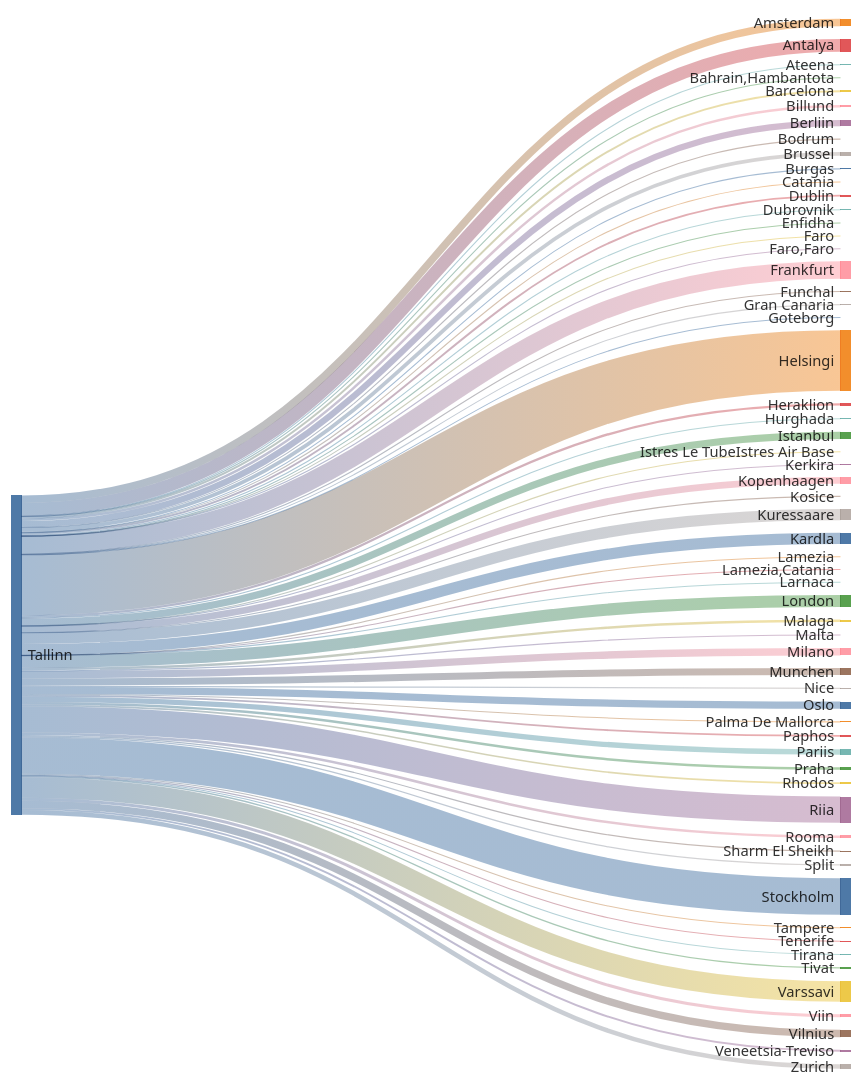
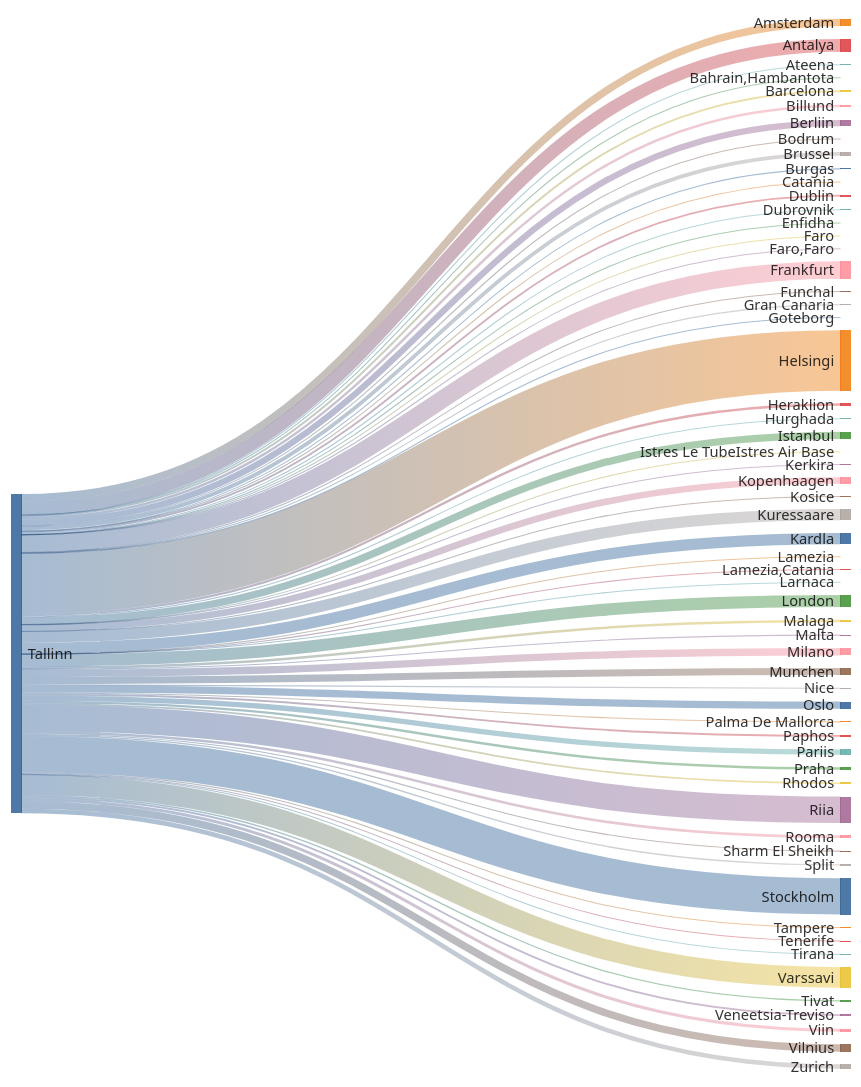
One commit to rainermesi/tll-airport-departures changed the second of 2 diagrams in README.md. Above: the diagram before and after it, drawn with Mermaid. The commit also changed other lines of this file, not shown here.

````diff
--- a/README.md
+++ b/README.md
@@ -34,72 +34,72 @@
 ```mermaid
 ---
 config:
   sankey:
     showValues: false
     width: 800
     height: 1000
 ---
 sankey-beta
 %% source,target,value
-Tallinn,Amsterdam,147
-Tallinn,Antalya,251
+Tallinn,Amsterdam,149
+Tallinn,Antalya,252
 Tallinn,Ateena,16
 Tallinn,"Bahrain,Hambantota",1
 Tallinn,Barcelona,38
-Tallinn,Berliin,123
+Tallinn,Berliin,124
 Tallinn,Billund,49
 Tallinn,Bodrum,11
-Tallinn,Brussel,74
+Tallinn,Brussel,75
 Tallinn,Burgas,21
 Tallinn,Catania,2
-Tallinn,Dublin,37
+Tallinn,Dublin,38
 Tallinn,Dubrovnik,21
 Tallinn,Enfidha,7
 Tallinn,Faro,4
 Tallinn,"Faro,Faro",1
-Tallinn,Frankfurt,345
+Tallinn,Frankfurt,348
 Tallinn,Funchal,5
 Tallinn,Gran Canaria,13
 Tallinn,Goteborg,1
-Tallinn,Helsingi,1190
+Tallinn,Helsingi,1199
 Tallinn,Heraklion,46
 Tallinn,Hurghada,19
-Tallinn,Istanbul,142
+Tallinn,Istanbul,144
 Tallinn,Istres Le TubeIstres Air Base,2
 Tallinn,Kerkira,4
-Tallinn,Kopenhaagen,131
+Tallinn,Kopenhaagen,132
 Tallinn,Kosice,1
-Tallinn,Kuressaare,221
-Tallinn,Kardla,221
+Tallinn,Kuressaare,223
+Tallinn,Kardla,223
 Tallinn,Lamezia,1
 Tallinn,"Lamezia,Catania",3
 Tallinn,Larnaca,4
-Tallinn,London,238
+Tallinn,London,239
 Tallinn,Malaga,49
 Tallinn,Malta,15
-Tallinn,Milano,145
+Tallinn,Milano,146
 Tallinn,Munchen,139
 Tallinn,Nice,25
-Tallinn,Oslo,142
+Tallinn,Oslo,143
 Tallinn,Palma De Mallorca,19
-Tallinn,Paphos,36
-Tallinn,Pariis,104
+Tallinn,Paphos,37
+Tallinn,Pariis,105
 Tallinn,Praha,49
 Tallinn,Rhodos,32
-Tallinn,Riia,517
+Tallinn,Riia,521
 Tallinn,Rooma,50
 Tallinn,Sharm El Sheikh,22
 Tallinn,Split,25
-Tallinn,Stockholm,717
+Tallinn,Stockholm,720
 Tallinn,Tampere,17
-Tallinn,Tenerife,18
+Tallinn,Tenerife,19
 Tallinn,Tirana,8
 Tallinn,Tivat,26
-Tallinn,Varssavi,403
+Tallinn,Varssavi,406
 Tallinn,Veneetsia-Treviso,38
-Tallinn,Viin,59
-Tallinn,Vilnius,144
-Tallinn,Zurich,90
+Tallinn,Viin,60
+Tallinn,Vilnius,145
+Tallinn,Zurich,91
 
 
 ```
````
